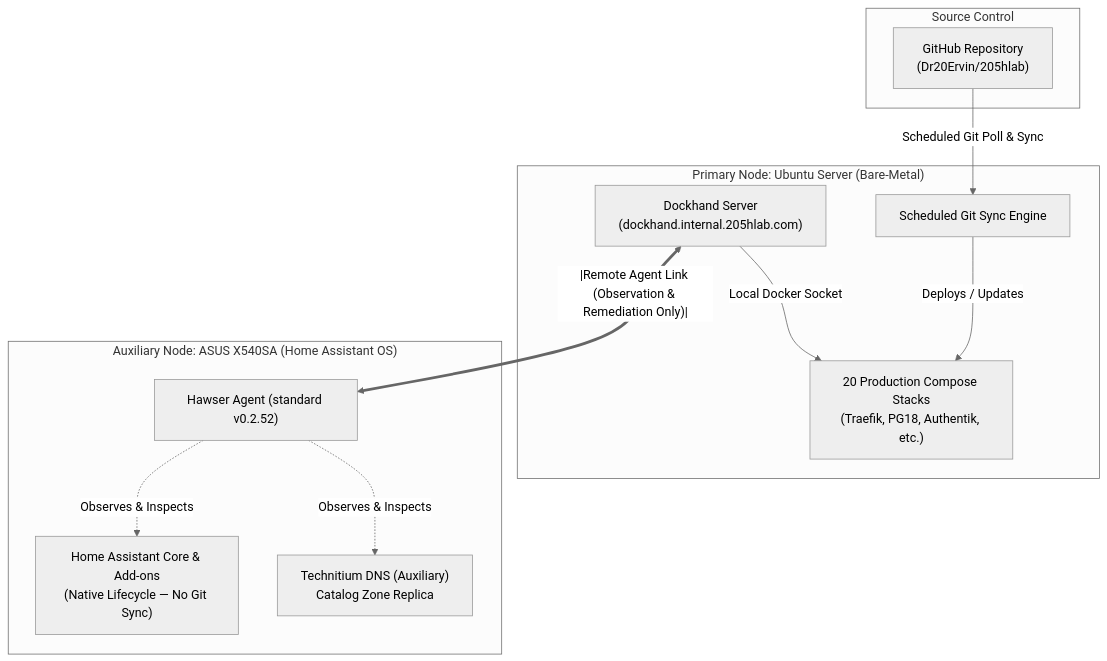
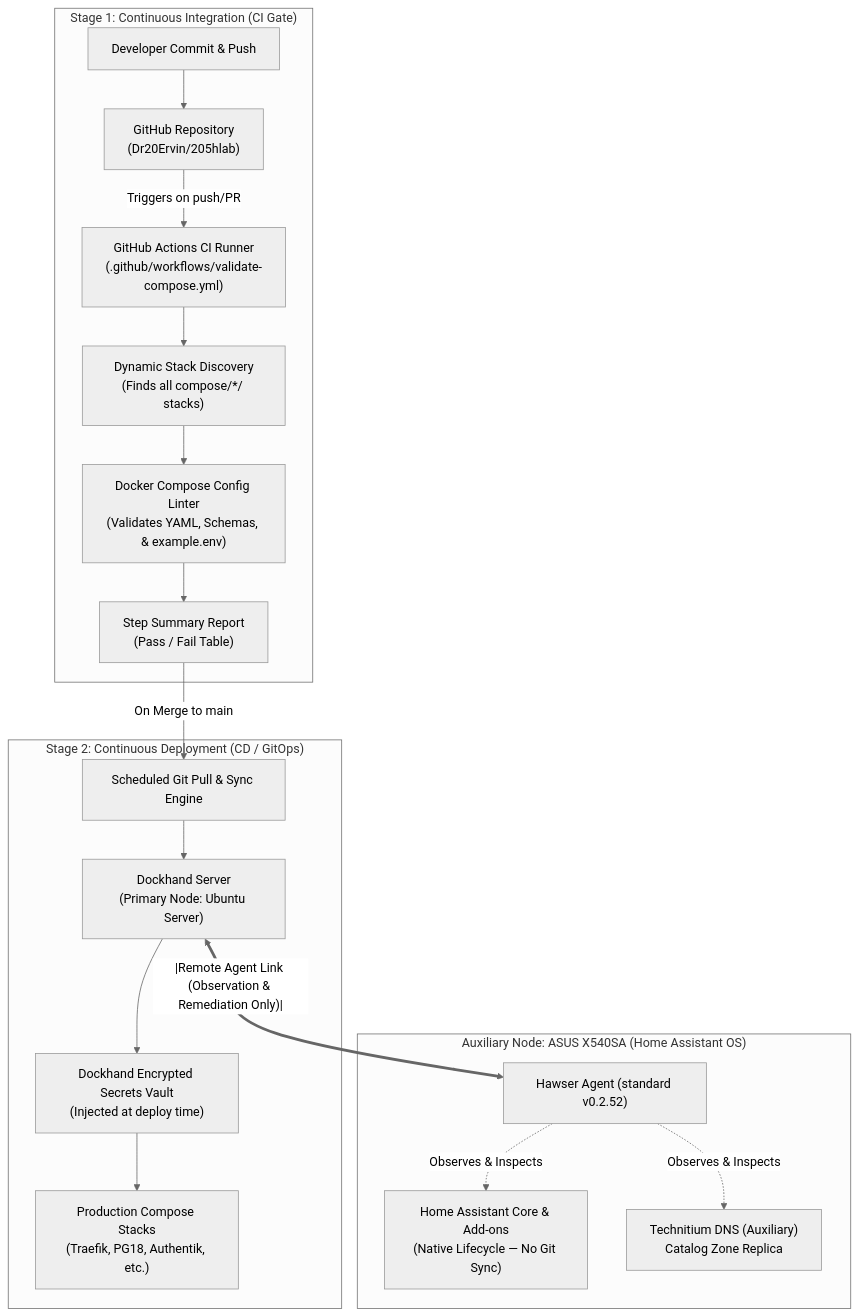
One commit to Dr20Ervin/205hlab changed the second of 3 diagrams in README.md. Above: the diagram before and after it, drawn with Mermaid (neutral theme). The commit also changed other lines of this file and 2 other files, not shown here.

Commit message:
"ci(github-actions): implement dynamic compose validation workflow and document two-stage CI/CD pipeline

````diff
--- a/README.md
+++ b/README.md
@@ -609,27 +612,37 @@
 ```mermaid
 flowchart TD
-    subgraph Git["Source Control"]
+    subgraph Stage1["Stage 1: Continuous Integration (CI Gate)"]
+        Dev["Developer Commit & Push"]
         GH["GitHub Repository\n(Dr20Ervin/205hlab)"]
+        GHA["GitHub Actions CI Runner\n(.github/workflows/validate-compose.yml)"]
+        DISCOVER["Dynamic Stack Discovery\n(Finds all compose/*/ stacks)"]
+        LINT["Docker Compose Config Linter\n(Validates YAML, Schemas, & example.env)"]
+        SUMMARY["Step Summary Report\n(Pass / Fail Table)"]
+        
+        Dev --> GH
+        GH -->|Triggers on push/PR| GHA
+        GHA --> DISCOVER --> LINT --> SUMMARY
     end
 
-    subgraph Node1["Primary Node: Ubuntu Server (Bare-Metal)"]
-        DH["Dockhand Server\n(dockhand.internal.205hlab.com)"]
-        SYNC["Scheduled Git Sync Engine"]
-        COMPOSE["20 Production Compose Stacks\n(Traefik, PG18, Authentik, etc.)"]
+    subgraph Stage2["Stage 2: Continuous Deployment (CD / GitOps)"]
+        DH["Dockhand Server\n(Primary Node: Ubuntu Server)"]
+        SYNC["Scheduled Git Pull & Sync Engine"]
+        VAULT["Dockhand Encrypted Secrets Vault\n(Injected at deploy time)"]
+        COMPOSE["Production Compose Stacks\n(Traefik, PG18, Authentik, etc.)"]
         
-        GH -->|Scheduled Git Poll & Sync| SYNC
-        SYNC -->|Deploys / Updates| COMPOSE
-        DH -->|Local Docker Socket| COMPOSE
+        SUMMARY -->|On Merge to main| SYNC
+        SYNC --> DH
+        DH --> VAULT --> COMPOSE
     end
 
     subgraph Node2["Auxiliary Node: ASUS X540SA (Home Assistant OS)"]
         HAWSER["Hawser Agent (standard v0.2.52)"]
         HA["Home Assistant Core & Add-ons\n(Native Lifecycle — No Git Sync)"]
         AUX_DNS["Technitium DNS (Auxiliary)\nCatalog Zone Replica"]
         
         HAWSER -.->|Observes & Inspects| HA
         HAWSER -.->|Observes & Inspects| AUX_DNS
     end
 
     DH <==|Remote Agent Link (Observation & Remediation Only)|==> HAWSER
 ```
````
